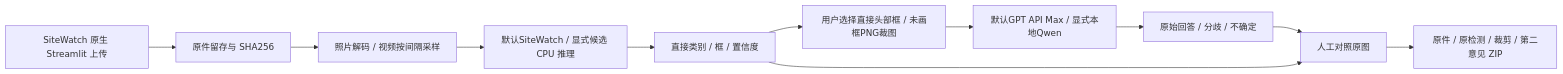
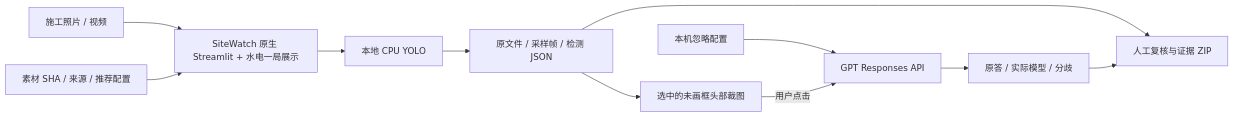
The diagram in docs/ARCHITECTURE.md (YuxuanQi123456/sd1-construction-vision), drawn with Mermaid before and after one commit. The commit also changed other lines of this file and 20 other files, not shown here.

````diff
--- a/docs/ARCHITECTURE.md
+++ b/docs/ARCHITECTURE.md
@@ -25,13 +5,13 @@
 ```mermaid
 flowchart LR
-  Upload[SiteWatch 原生 Streamlit 上传] --> Original[原件留存与 SHA256]
-  Original --> Decode[照片解码 / 视频按间隔采样]
-  Decode --> PPE[默认SiteWatch / 显式候选 CPU 推理]
-  PPE --> Boxes[直接类别 / 框 / 置信度]
-  Boxes --> Head[用户选择直接头部框 / 未画框PNG裁图]
-  Head --> Backend[默认GPT API Max / 显式本地Qwen]
-  Backend --> Opinion[原始回答 / 分歧 / 不确定]
-  Opinion --> Review[人工对照原图]
-  Boxes --> Review
-  Review --> Export[原件 / 原检测 / 裁剪 / 第二意见 ZIP]
+  Media[施工照片 / 视频] --> UI[SiteWatch 原生 Streamlit + 水电一局展示]
+  Catalog[素材 SHA / 来源 / 推荐配置] --> UI
+  UI --> YOLO[本地 CPU YOLO]
+  YOLO --> Evidence[原文件 / 采样帧 / 检测 JSON]
+  Evidence --> Head[选中的未画框头部裁图]
+  Key[本机忽略配置] --> GPT[GPT Responses API]
+  Head -->|用户点击| GPT
+  GPT --> Opinion[原答 / 实际模型 / 分歧]
+  Evidence --> ZIP[人工复核与证据 ZIP]
+  Opinion --> ZIP
 ```
````
